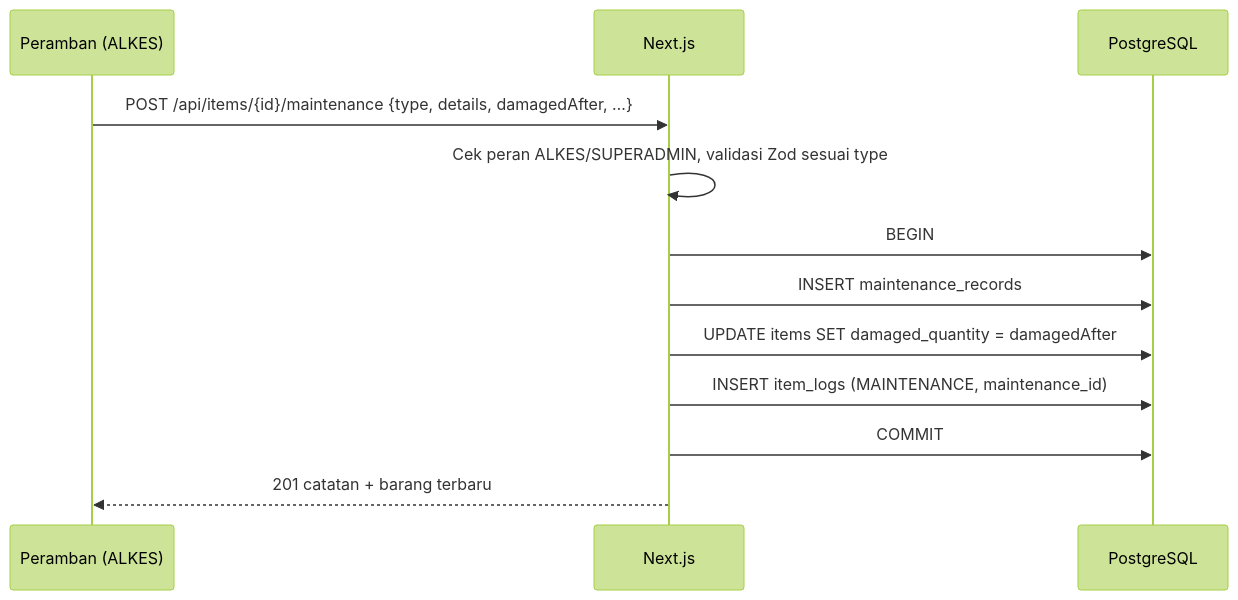
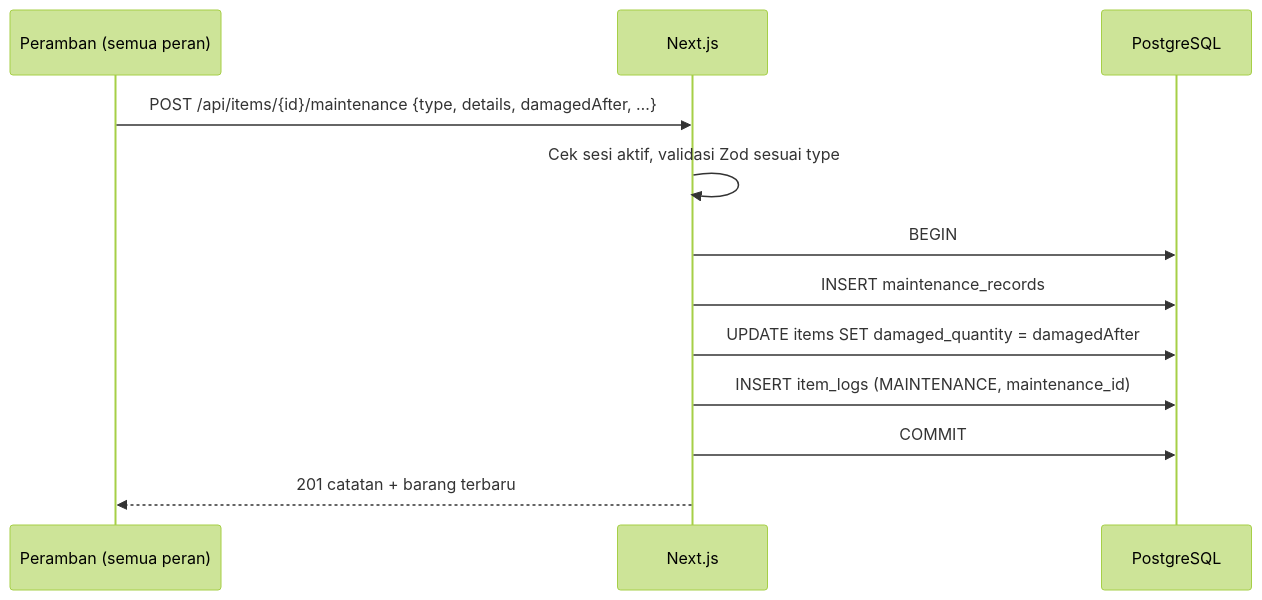
The third of 3 diagrams in docs/04-technical-architecture.md (mferdinandr/inventory-management), drawn with Mermaid (forest theme) before and after one commit. The commit also changed other lines of this file and 6 other files, not shown here.

First line of the commit message:
docs: align API, architecture, roadmap and decisions with stationary non-sterile items

````diff
--- a/docs/04-technical-architecture.md
+++ b/docs/04-technical-architecture.md
@@ -144,15 +140,15 @@
 ```mermaid
 sequenceDiagram
-    participant B as Peramban (ALKES)
+    participant B as Peramban (semua peran)
     participant N as Next.js
     participant DB as PostgreSQL
 
     B->>N: POST /api/items/{id}/maintenance {type, details, damagedAfter, …}
-    N->>N: Cek peran ALKES/SUPERADMIN, validasi Zod sesuai type
+    N->>N: Cek sesi aktif, validasi Zod sesuai type
     N->>DB: BEGIN
     N->>DB: INSERT maintenance_records
     N->>DB: UPDATE items SET damaged_quantity = damagedAfter
     N->>DB: INSERT item_logs (MAINTENANCE, maintenance_id)
     N->>DB: COMMIT
     N-->>B: 201 catatan + barang terbaru
 ```
````
